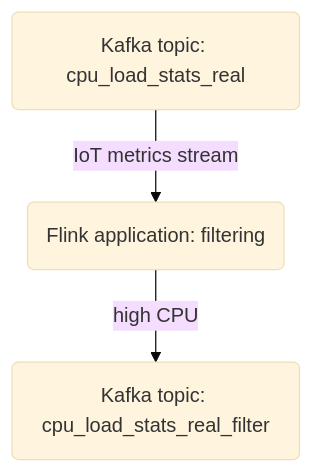
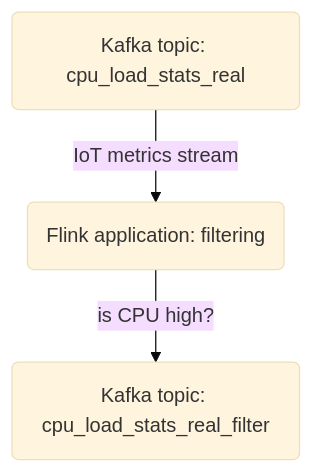
Before and after one commit to aiven/devportal: the fourth of 7 diagrams in docs/tutorials/anomaly-detection.rst, drawn with Mermaid (base theme). The commit also changed other lines of this file, not shown here.

```diff
--- a/docs/tutorials/anomaly-detection.rst
+++ b/docs/tutorials/anomaly-detection.rst
@@ -315,6 +317,6 @@
 .. mermaid::
 
     graph TD;
 
         id1(Kafka topic: cpu_load_stats_real)-- IoT metrics stream -->id2(Flink application: filtering);
-        id2-- high CPU -->id3(Kafka topic: cpu_load_stats_real_filter);
+        id2-- is CPU high? -->id3(Kafka topic: cpu_load_stats_real_filter);
```
